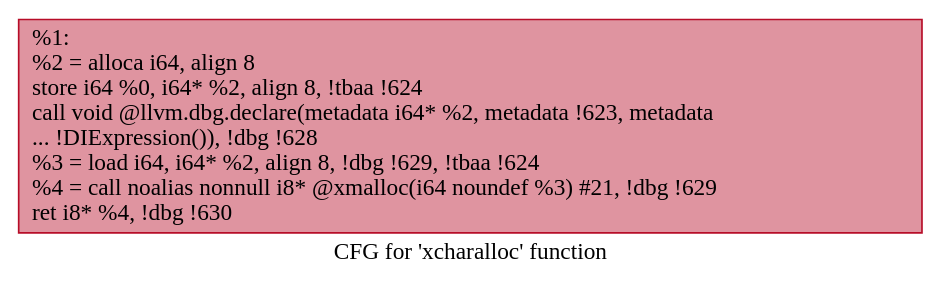
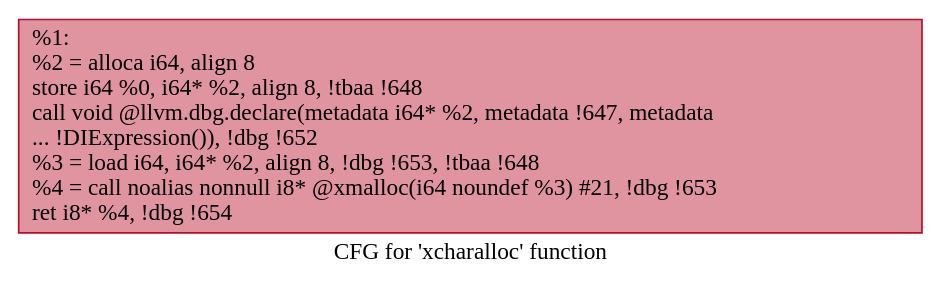
Before and after one commit to hmc-alpaqa/metrinome: the diagram in src/experiments/coreutils/.xcharalloc.dot, drawn with Graphviz. The commit also changed 118 other files, not shown here.

```diff
--- a/src/experiments/coreutils/.xcharalloc.dot
+++ b/src/experiments/coreutils/.xcharalloc.dot
@@ -1,5 +1,5 @@
 digraph "CFG for 'xcharalloc' function" {
 	label="CFG for 'xcharalloc' function";
 
-	Node0x1d5e810 [shape=record,color="#b70d28ff", style=filled, fillcolor="#b70d2870",label="{%1:\l  %2 = alloca i64, align 8\l  store i64 %0, i64* %2, align 8, !tbaa !624\l  call void @llvm.dbg.declare(metadata i64* %2, metadata !623, metadata\l... !DIExpression()), !dbg !628\l  %3 = load i64, i64* %2, align 8, !dbg !629, !tbaa !624\l  %4 = call noalias nonnull i8* @xmalloc(i64 noundef %3) #21, !dbg !629\l  ret i8* %4, !dbg !630\l}"];
+	Node0x25fb5a0 [shape=record,color="#b70d28ff", style=filled, fillcolor="#b70d2870",label="{%1:\l  %2 = alloca i64, align 8\l  store i64 %0, i64* %2, align 8, !tbaa !648\l  call void @llvm.dbg.declare(metadata i64* %2, metadata !647, metadata\l... !DIExpression()), !dbg !652\l  %3 = load i64, i64* %2, align 8, !dbg !653, !tbaa !648\l  %4 = call noalias nonnull i8* @xmalloc(i64 noundef %3) #21, !dbg !653\l  ret i8* %4, !dbg !654\l}"];
 }
```
